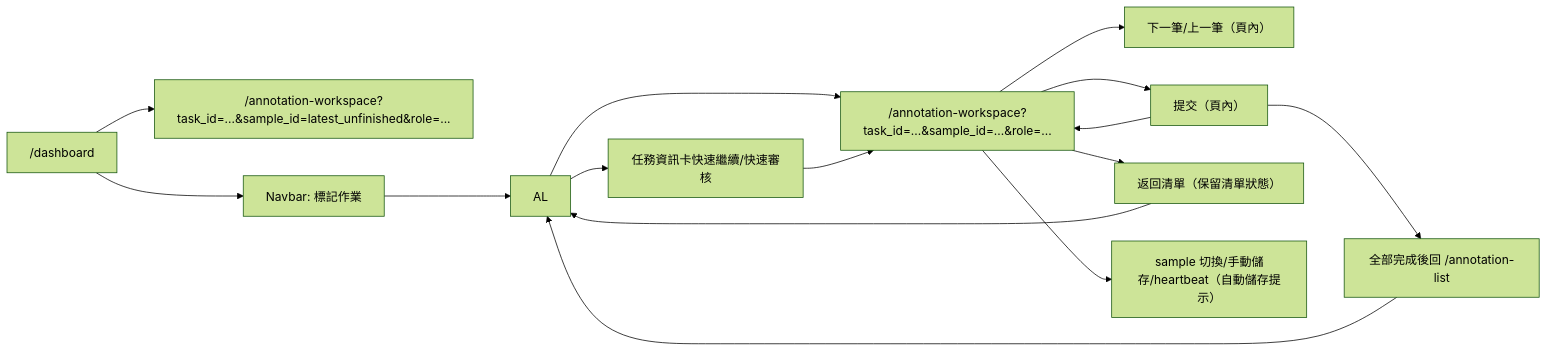
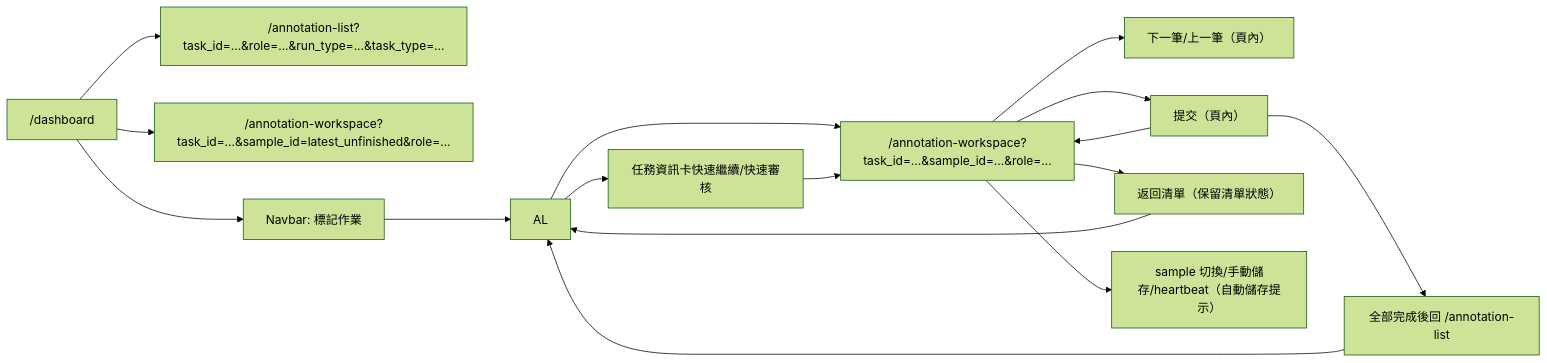
One commit to singyichen/label-suite changed the second of 2 diagrams in specs/annotation/015-annotation-workspace/spec.md. Above: the diagram before and after it, drawn with Mermaid (forest theme). The commit also changed other lines of this file and 3 other files, not shown here.

Commit message:
feat: update dashboard task routing contract

````diff
--- a/specs/annotation/015-annotation-workspace/spec.md
+++ b/specs/annotation/015-annotation-workspace/spec.md
@@ -288,17 +291,18 @@
 ```mermaid
 flowchart LR
-    D["/dashboard"] --> AWQ["/annotation-workspace?task_id=...&sample_id=latest_unfinished&role=..."]
+    D["/dashboard"] --> ALQ["/annotation-list?task_id=...&role=...&run_type=...&task_type=..."]
+    D --> AWQ["/annotation-workspace?task_id=...&sample_id=latest_unfinished&role=..."]
     D --> NAV["Navbar: 標記作業"]
     NAV --> AL
     AL --> AW["/annotation-workspace?task_id=...&sample_id=...&role=..."]
     AL --> AWQC["任務資訊卡快速繼續/快速審核"]
     AWQC --> AW
     AW --> NEXT["下一筆/上一筆（頁內）"]
     AW --> SUBMIT["提交（頁內）"]
     SUBMIT --> AW
     SUBMIT --> ALDONE["全部完成後回 /annotation-list"]
     ALDONE --> AL
     AW --> BACK["返回清單（保留清單狀態）"]
     BACK --> AL
     AW --> AUTO["sample 切換/手動儲存/heartbeat（自動儲存提示）"]
 ```
````
